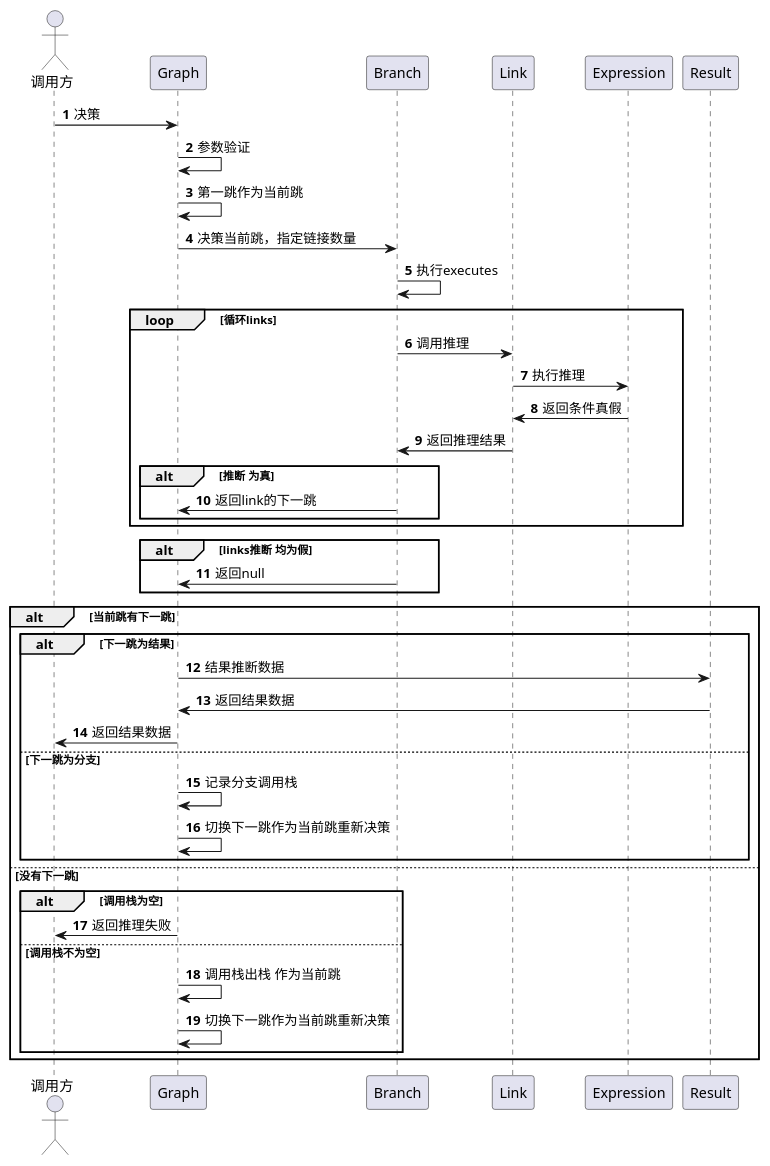
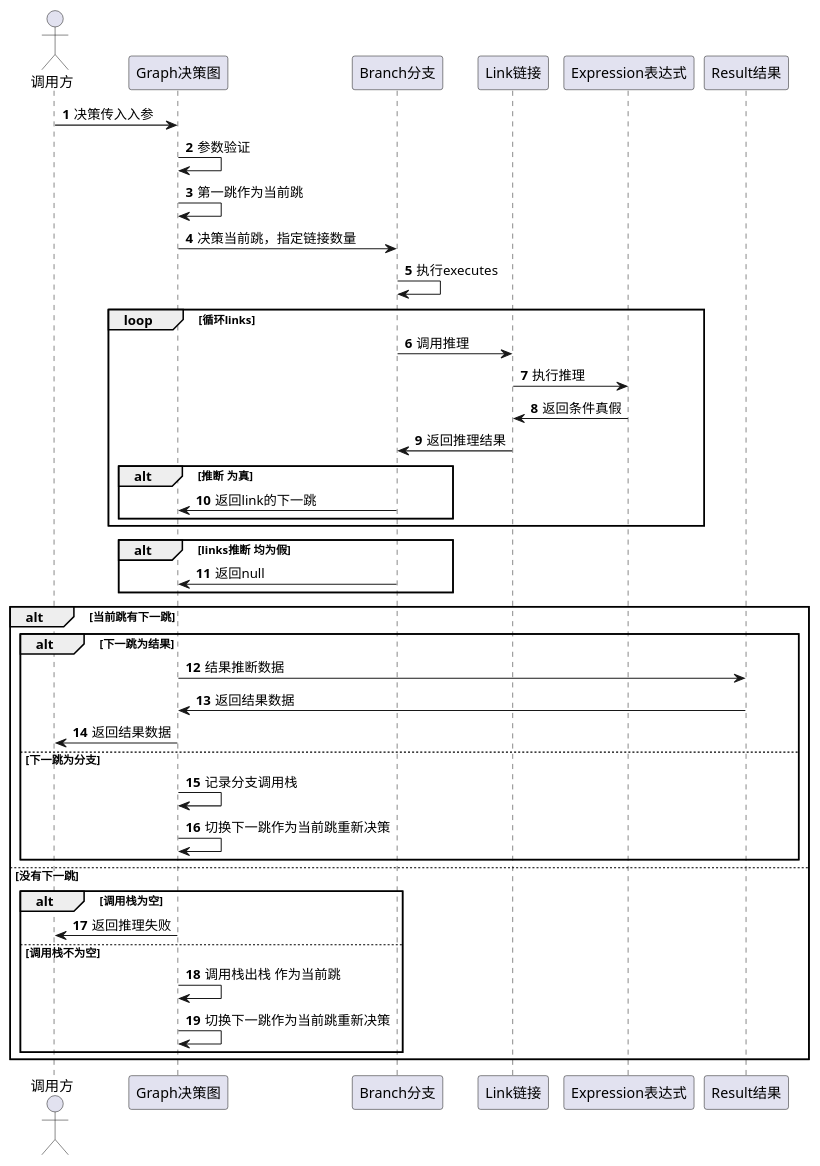
Before and after one commit to failgoddess/rule: the diagram in doc/决策图.puml, drawn with PlantUML. The commit also changed 4 other files, not shown here.

```diff
--- a/doc/决策图.puml
+++ b/doc/决策图.puml
@@ -1,45 +1,56 @@
 @startuml
 'https://plantuml.com/sequence-diagram
+autonumber
 
-autonumber
+
+
+
+
 actor 调用方
-调用方 ->Graph: 决策
+participant Graph决策图 as Graph
+participant Branch分支 as Branch
+participant Link链接 as Link
+participant Expression表达式 as Expression
+participant Result结果 as Result
+
+
+调用方 ->Graph: 决策传入入参
 Graph ->Graph: 参数验证
 Graph ->Graph: 第一跳作为当前跳
 
 Graph -> Branch: 决策当前跳，指定链接数量
 Branch -> Branch: 执行executes
 loop 循环links
     Branch -> Link: 调用推理
     Link -> Expression: 执行推理
     Expression ->Link:返回条件真假
     Link -> Branch: 返回推理结果
     alt 推断 为真
         Branch -> Graph:返回link的下一跳
     end
 end
 alt links推断 均为假
     Branch -> Graph:返回null
 end
 alt 当前跳有下一跳
     alt 下一跳为结果
         Graph->Result:结果推断数据
         Result->Graph:返回结果数据
         Graph->调用方:返回结果数据
     else 下一跳为分支
        Graph ->Graph: 记录分支调用栈
        Graph ->Graph: 切换下一跳作为当前跳重新决策
     end
 else 没有下一跳
     alt 调用栈为空
         Graph->调用方:返回推理失败
     else 调用栈不为空
        Graph ->Graph: 调用栈出栈 作为当前跳
         Graph ->Graph: 切换下一跳作为当前跳重新决策
     end
 
 end
 
 
 
 @enduml
```
